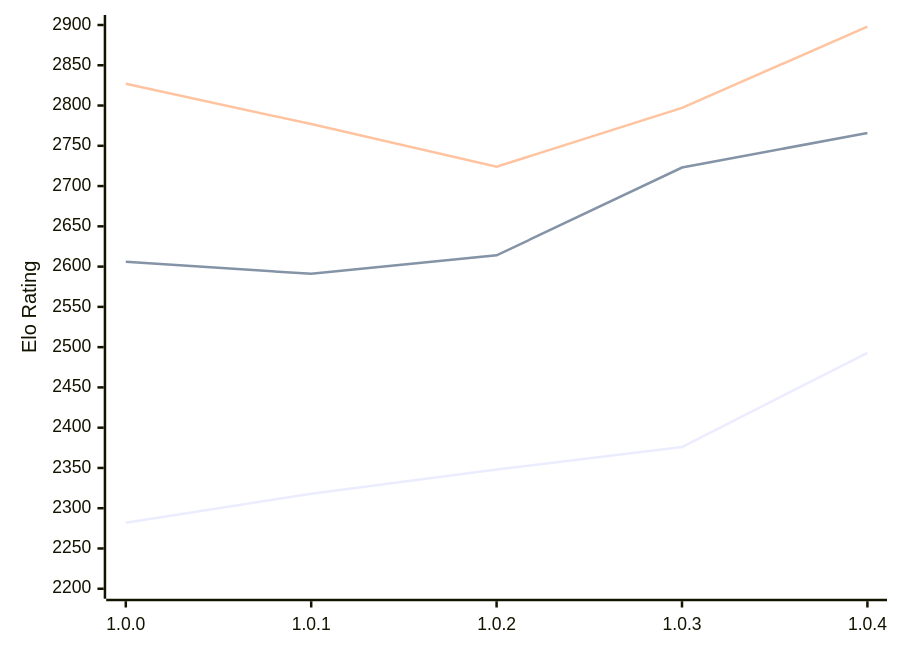
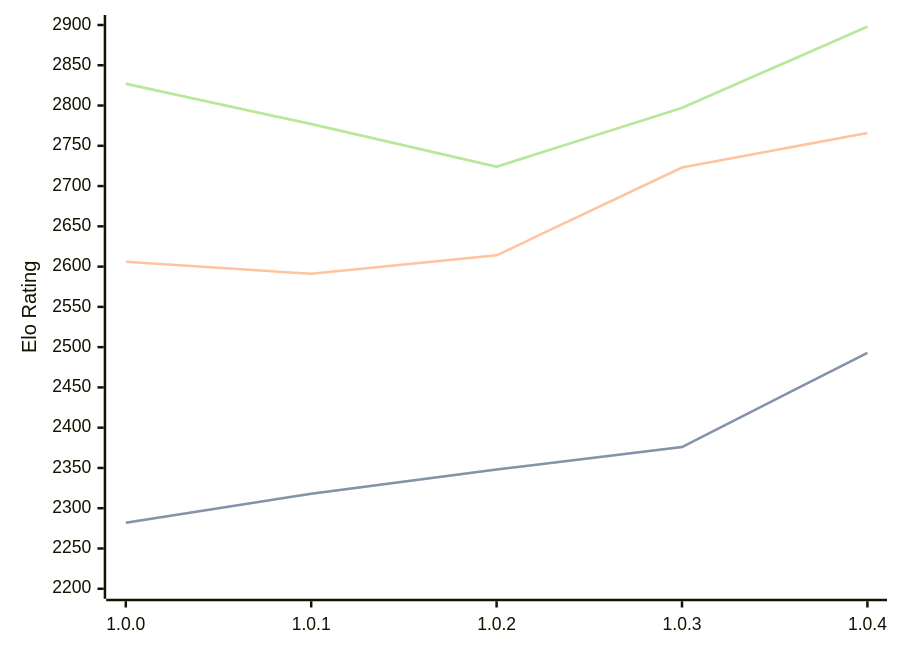
Before and after one commit to computer-chess-index/cci: the diagram in engines/Grail.md, drawn with Mermaid. The commit also changed other lines of this file, not shown here.

Commit message:
Update CCI Ratings (ELO VLTC) - 2026-02-13

````diff
--- a/engines/Grail.md
+++ b/engines/Grail.md
@@ -32,9 +32,11 @@
 ```mermaid
 %%{init: {"theme":"base","themeVariables":{"seriesColors:['#a3a3a3','#222221','#faa371']}}}%%
 xychart-beta
   x-axis ["1.0.0", "1.0.1", "1.0.2", "1.0.3", "1.0.4"]
   y-axis "Elo Rating" 2200 --> 2900
   line "STC (8.0+0.08s)" [2282, 2318, 2348, 2376, 2493]
+  line "STC (8.0+0.08s)" [2282, 2318, 2348, 2376, 2493]
   line "LTC (60.0+0.60s)" [2606, 2591, 2614, 2723, 2766]
   line "VLTC (2m24s+1.12s)" [2827, 2777, 2724, 2797, 2898]
+  line "VLTC (2m24s+1.12s)" [2827, 2777, 2724, 2797, 2898]
 ```
````
